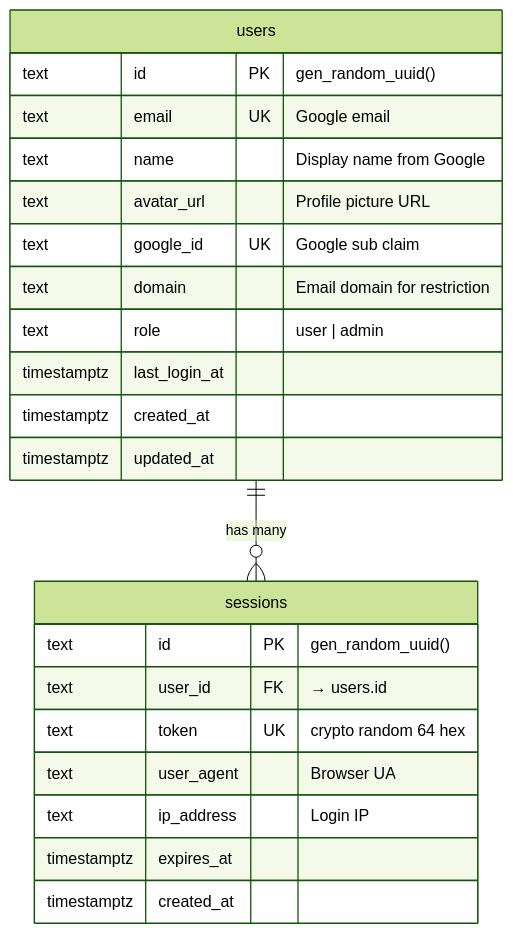
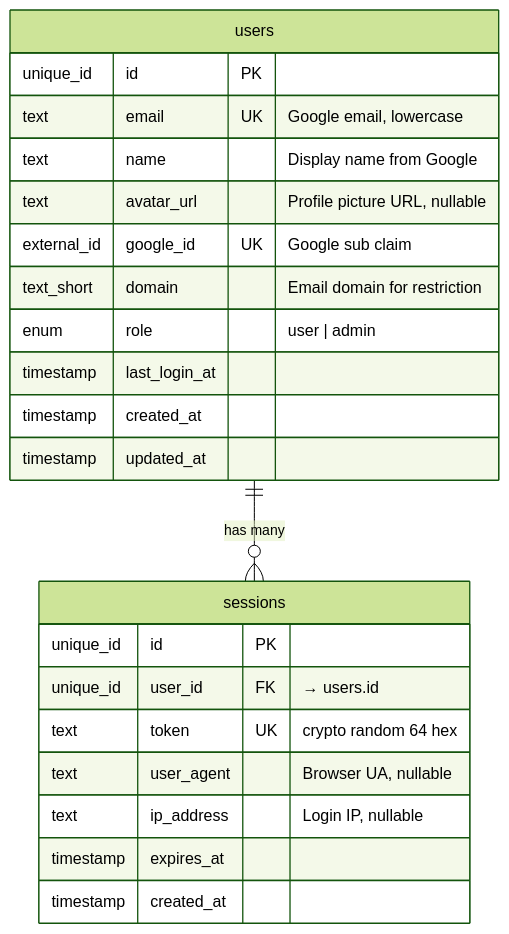
The first of 5 diagrams in auth/google-login/README.md (nguyenvanduocit/primitive-blocks-specs), drawn with Mermaid (forest theme) before and after one commit. The commit also changed other lines of this file and 28 other files, not shown here.

````diff
--- a/auth/google-login/README.md
+++ b/auth/google-login/README.md
@@ -56,27 +54,27 @@
 ```mermaid
 erDiagram
     users {
-        text id PK "gen_random_uuid()"
-        text email UK "Google email"
+        unique_id id PK
+        text email UK "Google email, lowercase"
         text name "Display name from Google"
-        text avatar_url "Profile picture URL"
-        text google_id UK "Google sub claim"
-        text domain "Email domain for restriction"
-        text role "user | admin"
-        timestamptz last_login_at
-        timestamptz created_at
-        timestamptz updated_at
+        text avatar_url "Profile picture URL, nullable"
+        external_id google_id UK "Google sub claim"
+        text_short domain "Email domain for restriction"
+        enum role "user | admin"
+        timestamp last_login_at
+        timestamp created_at
+        timestamp updated_at
     }
 
     sessions {
-        text id PK "gen_random_uuid()"
-        text user_id FK "→ users.id"
+        unique_id id PK
+        unique_id user_id FK "→ users.id"
         text token UK "crypto random 64 hex"
-        text user_agent "Browser UA"
-        text ip_address "Login IP"
-        timestamptz expires_at
-        timestamptz created_at
+        text user_agent "Browser UA, nullable"
+        text ip_address "Login IP, nullable"
+        timestamp expires_at
+        timestamp created_at
     }
 
     users ||--o{ sessions : "has many"
 ```
````
